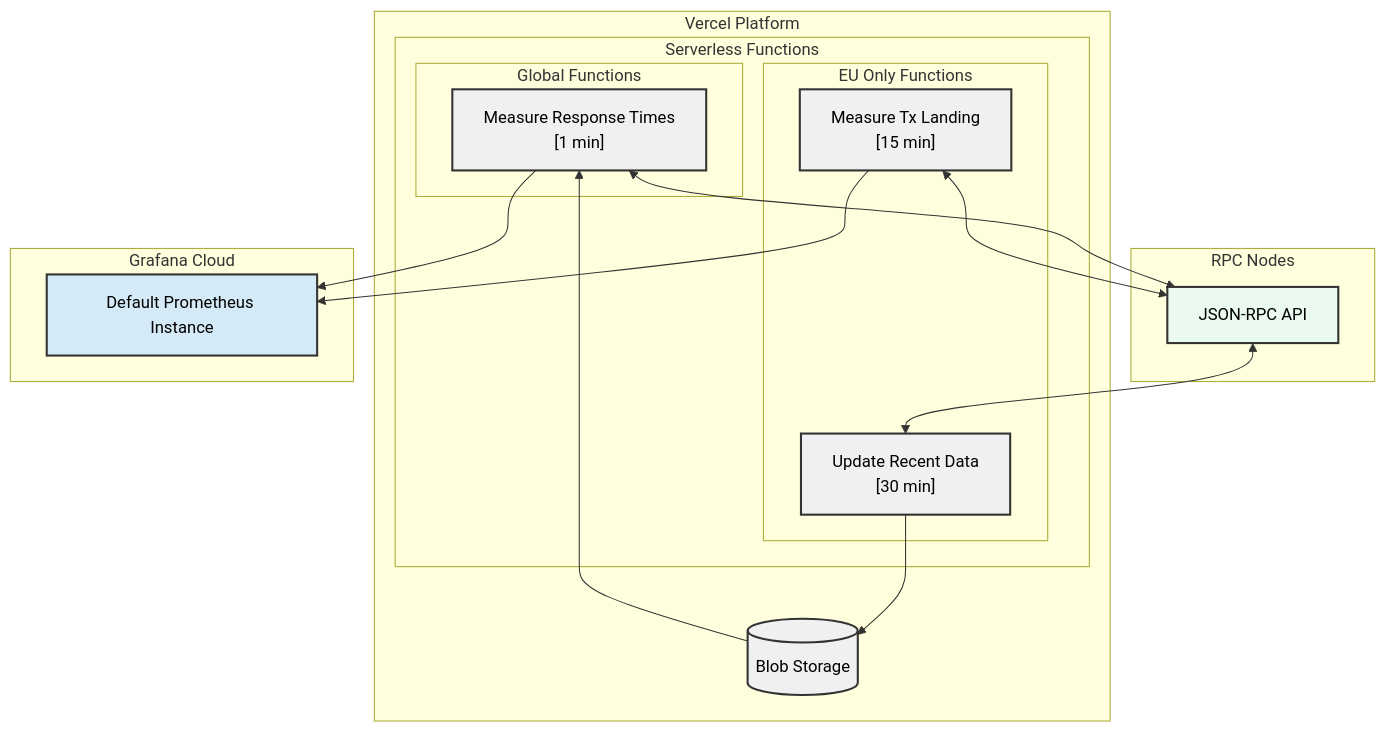
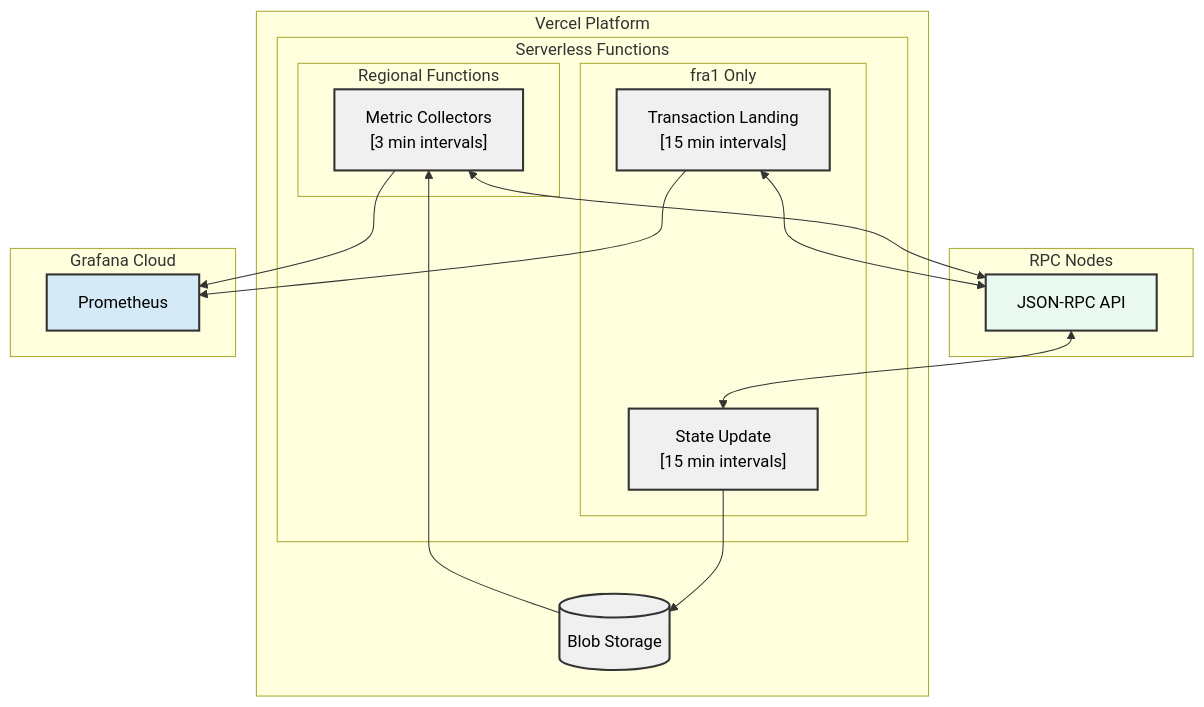
One commit to chainstacklabs/compare-dashboard-functions changed the diagram in readme.md. Above: the diagram before and after it, drawn with Mermaid. The commit also changed other lines of this file and 9 other files, not shown here.

````diff
--- a/readme.md
+++ b/readme.md
@@ -27,41 +37,39 @@
 ```mermaid
 flowchart TB
     subgraph Vercel["Vercel Platform"]
         subgraph Functions["Serverless Functions"]
-            subgraph Global["Global Functions"]
-                Collectors["Measure Response Times
-                            [1 min]"]
+            subgraph Global["Regional Functions"]
+                Collectors["Metric Collectors
+                            [3 min intervals]"]
             end
-            subgraph Services["EU Only Functions"]
-                STATE["Update Recent Data
-                      [30 min]"]
-                TX["Measure Tx Landing
-                    [15 min]"]
+            subgraph Services["fra1 Only"]
+                STATE["State Update
+                      [15 min intervals]"]
+                TX["Transaction Landing
+                    [15 min intervals]"]
             end
         end
         BLOB[("Blob Storage")]
     end
     subgraph RPC["RPC Nodes"]
         API["JSON-RPC API"]
     end
     subgraph Grafana["Grafana Cloud"]
-        METRICS["Default Prometheus Instance"]
+        METRICS["Prometheus"]
     end
-    %% Data Flows
     BLOB --> Collectors
     Collectors <--> API
     Collectors --> METRICS
     API <--> STATE
     STATE --> BLOB
     TX <--> API
     TX --> METRICS
-    %% Basic Styling
     classDef default fill:#f9f9f9,stroke:#333,stroke-width:2px,color:#000
     classDef vercel fill:#f0f0f0,stroke:#333,color:#000
     classDef grafana fill:#d4eaf7,stroke:#333,color:#000
     classDef rpc fill:#eafaf1,stroke:#333,color:#000
-    
+
     class BLOB,Collectors,STATE,TX vercel
     class METRICS grafana
     class API rpc
 ```
````
